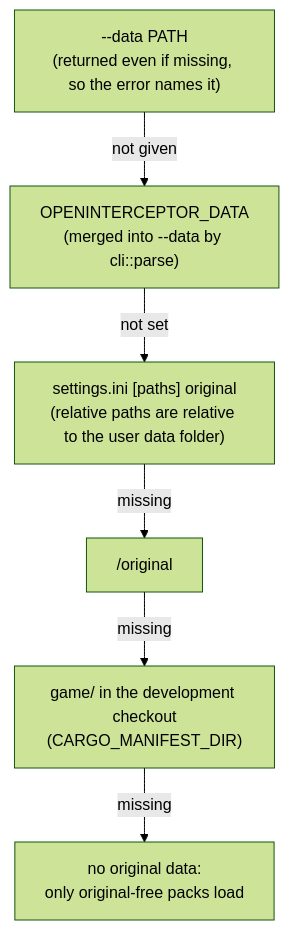
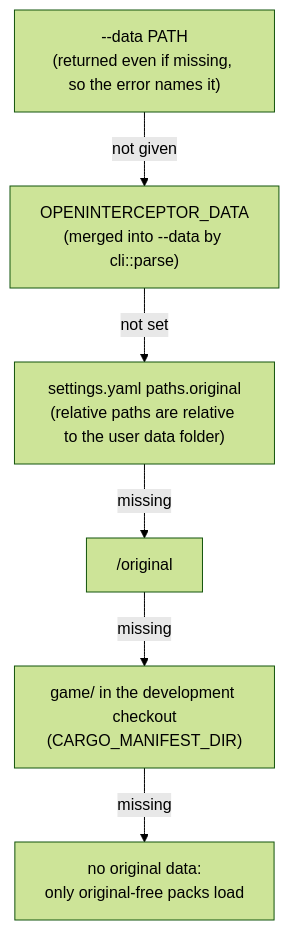
One commit to bbogovich/OpenInterceptor changed the diagram in docs/architecture/settings.md. Above: the diagram before and after it, drawn with Mermaid (forest theme). The commit also changed other lines of this file and 56 other files, not shown here.

````diff
--- a/docs/architecture/settings.md
+++ b/docs/architecture/settings.md
@@ -28,8 +28,8 @@
 ```mermaid
 flowchart TD
     A["--data PATH<br/>(returned even if missing, so the error names it)"] -->|not given| B["OPENINTERCEPTOR_DATA<br/>(merged into --data by cli::parse)"]
-    B -->|not set| C["settings.ini [paths] original<br/>(relative paths are relative to the user data folder)"]
+    B -->|not set| C["settings.yaml paths.original<br/>(relative paths are relative to the user data folder)"]
     C -->|missing| D["<user data>/original"]
     D -->|missing| E["game/ in the development checkout<br/>(CARGO_MANIFEST_DIR)"]
     E -->|missing| F["no original data:<br/>only original-free packs load"]
 ```
````
